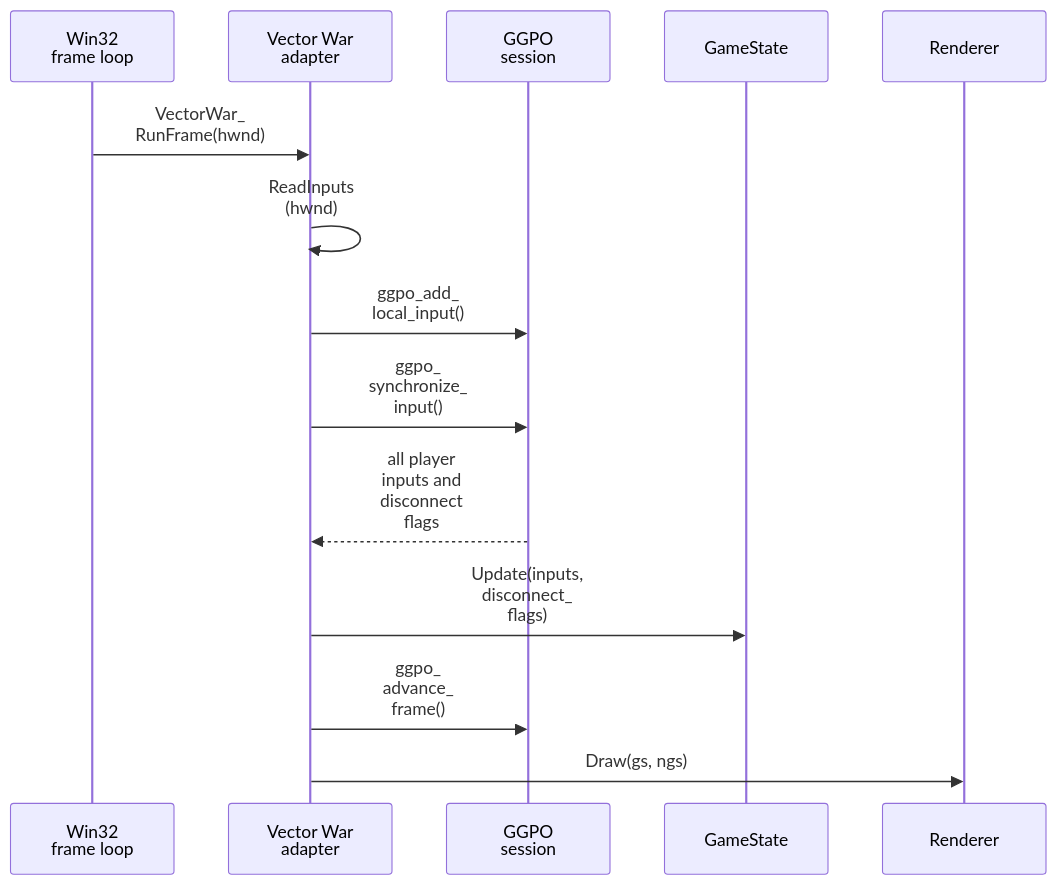
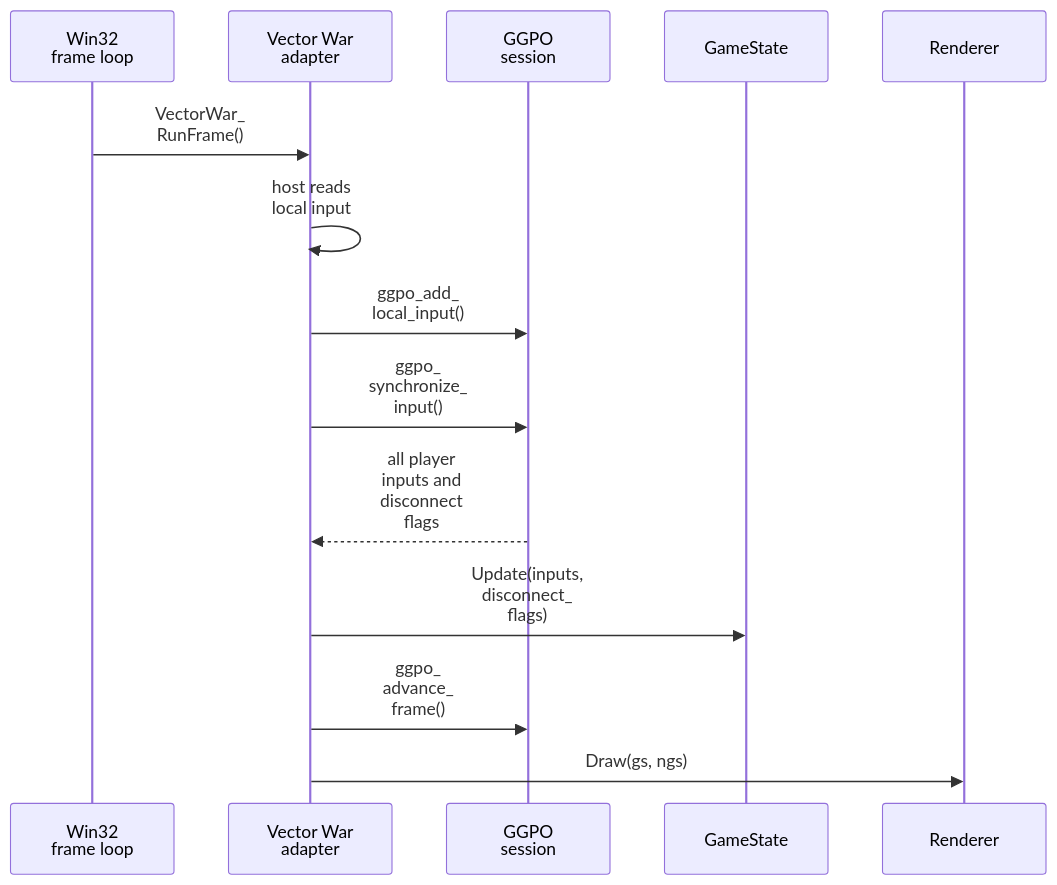
The fourth of 7 diagrams in doc/architecture/VectorWar.md (irregularthanis/ggpo-next), drawn with Mermaid before and after one commit. The commit also changed other lines of this file and 11 other files, not shown here.

Commit message:
refactor: extract portable Vector War core

````diff
--- a/doc/architecture/VectorWar.md
+++ b/doc/architecture/VectorWar.md
@@ -178,17 +181,17 @@
 ```mermaid
 sequenceDiagram
     participant MainLoop as Win32<br/>frame loop
     participant VW as Vector War<br/>adapter
     participant GGPO as GGPO<br/>session
     participant GS as GameState
     participant Draw as Renderer
 
-    MainLoop->>VW: VectorWar_<br/>RunFrame(hwnd)
-    VW->>VW: ReadInputs<br/>(hwnd)
+    MainLoop->>VW: VectorWar_<br/>RunFrame()
+    VW->>VW: host reads<br/>local input
     VW->>GGPO: ggpo_add_<br/>local_input()
     VW->>GGPO: ggpo_<br/>synchronize_<br/>input()
     GGPO-->>VW: all player<br/>inputs and<br/>disconnect<br/>flags
     VW->>GS: Update(inputs,<br/>disconnect_<br/>flags)
     VW->>GGPO: ggpo_<br/>advance_<br/>frame()
     VW->>Draw: Draw(gs, ngs)
 ```
````
